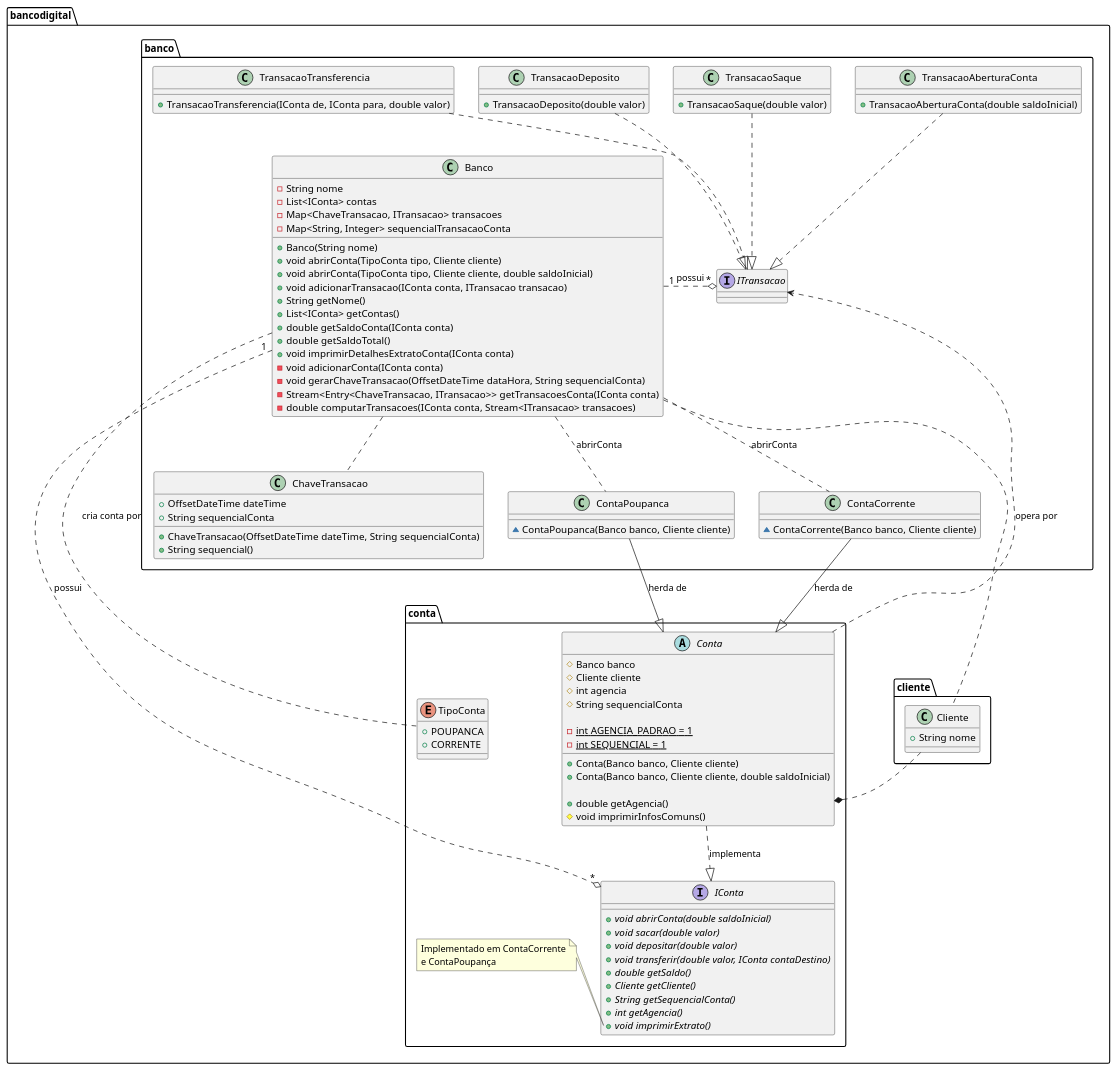
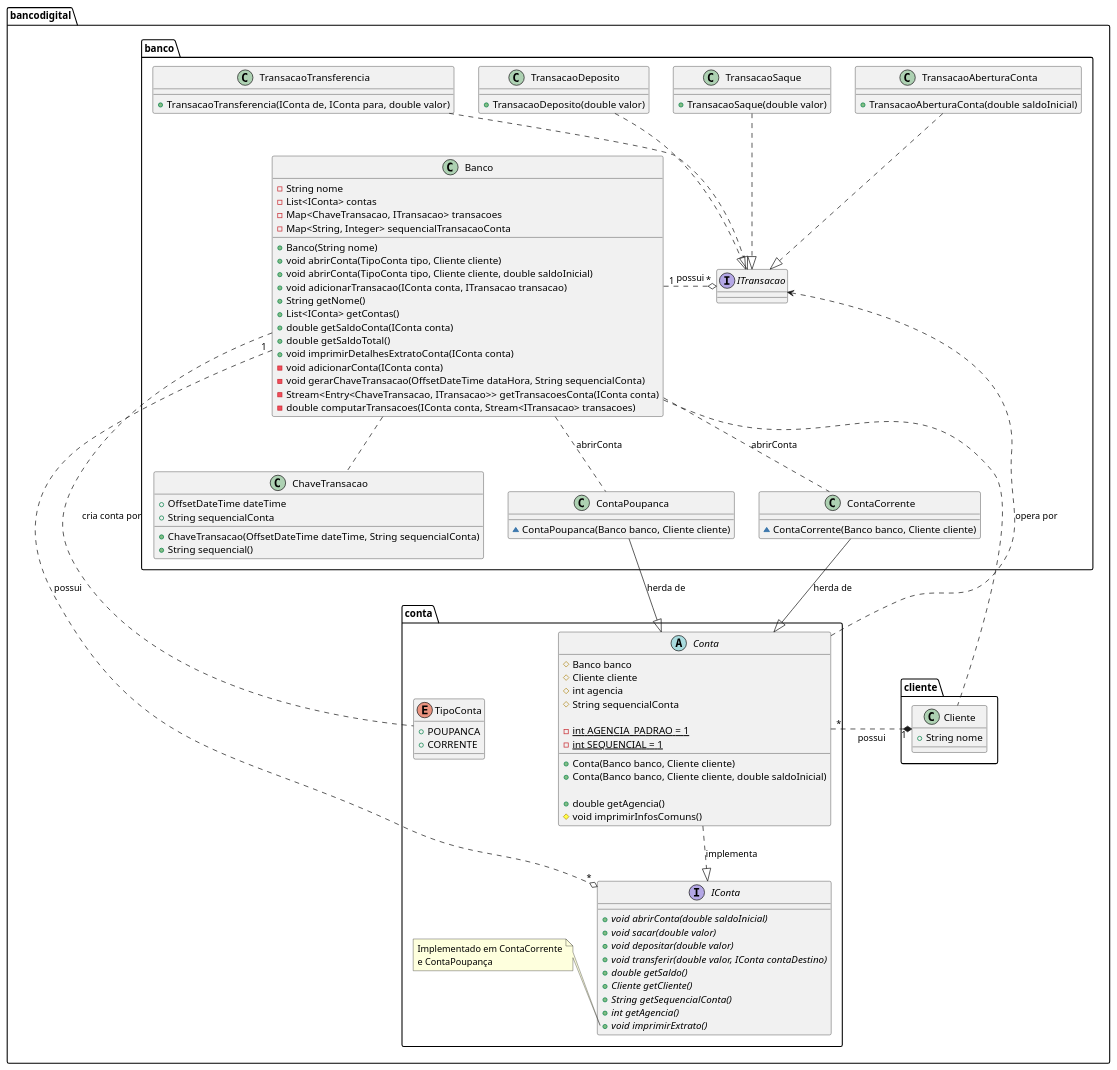
One commit to rogersanctus/dio-java-lab-banco-digital changed the diagram in dia-class.puml. Above: the diagram before and after it, drawn with PlantUML.

Commit message:
Ajuste na direção da composição no diagram de classes

```diff
--- a/dia-class.puml
+++ b/dia-class.puml
@@ -1,127 +1,127 @@
 @startuml
 /'
 Diagrama de classes em PlantUML: https://plantuml.com/starting
 '/
 
 package bancodigital {
   interface conta.IConta {
     + {abstract} void abrirConta(double saldoInicial)
     + {abstract} void sacar(double valor)
     + {abstract} void depositar(double valor)
     + {abstract} void transferir(double valor, IConta contaDestino)
     + {abstract} double getSaldo()
     + {abstract} Cliente getCliente()
     + {abstract} String getSequencialConta()
     + {abstract} int getAgencia()
     + {abstract} void imprimirExtrato()
   }
 
   note left of conta.IConta::imprimirExtrato
   Implementado em ContaCorrente
   e ContaPoupança
   end note
 
   abstract class conta.Conta {
     # Banco banco
     # Cliente cliente
     # int agencia
     # String sequencialConta
 
     - {static} int AGENCIA_PADRAO = 1
     - {static} int SEQUENCIAL = 1
 
     + Conta(Banco banco, Cliente cliente)
     + Conta(Banco banco, Cliente cliente, double saldoInicial)
 
     + double getAgencia()
     # void imprimirInfosComuns()
   }
 
   class banco.ContaCorrente {
     ~ ContaCorrente(Banco banco, Cliente cliente)
   }
 
   class banco.ContaPoupanca {
     ~ ContaPoupanca(Banco banco, Cliente cliente)
   }
 
   enum conta.TipoConta {
     + POUPANCA
     + CORRENTE
   }
 
   class banco.Banco {
     - String nome
     - List<IConta> contas
     - Map<ChaveTransacao, ITransacao> transacoes
     - Map<String, Integer> sequencialTransacaoConta
 
     + Banco(String nome)
     + void abrirConta(TipoConta tipo, Cliente cliente)
     + void abrirConta(TipoConta tipo, Cliente cliente, double saldoInicial)
     + void adicionarTransacao(IConta conta, ITransacao transacao)
     + String getNome()
     + List<IConta> getContas()
     + double getSaldoConta(IConta conta)
     + double getSaldoTotal()
     + void imprimirDetalhesExtratoConta(IConta conta)
     - void adicionarConta(IConta conta)
     - void gerarChaveTransacao(OffsetDateTime dataHora, String sequencialConta)
     - Stream<Entry<ChaveTransacao, ITransacao>> getTransacoesConta(IConta conta)
     - double computarTransacoes(IConta conta, Stream<ITransacao> transacoes)
   }
 
   interface banco.ITransacao {
   }
 
   class banco.TransacaoAberturaConta {
     + TransacaoAberturaConta(double saldoInicial)
   }
 
   class banco.TransacaoSaque {
     + TransacaoSaque(double valor)
   }
 
   class banco.TransacaoDeposito {
     + TransacaoDeposito(double valor)
   }
 
   class banco.TransacaoTransferencia {
     + TransacaoTransferencia(IConta de, IConta para, double valor)
   }
 
   class banco.ChaveTransacao {
     + OffsetDateTime dateTime
     + String sequencialConta
 
     + ChaveTransacao(OffsetDateTime dateTime, String sequencialConta)
     + String sequencial()
   }
 
   class cliente.Cliente {
     + String nome
   }
 
   conta.Conta ..|> conta.IConta: implementa
 
   banco.Banco "1" ..o "*" conta.IConta: possui
   banco.Banco .. conta.TipoConta: cria conta por
   banco.Banco "1" .right.o "*" banco.ITransacao: possui
   banco.Banco .. banco.ChaveTransacao
   banco.Banco .. cliente.Cliente
   banco.Banco .. banco.ContaCorrente: abrirConta
   banco.Banco .. banco.ContaPoupanca: abrirConta
 
   banco.ContaPoupanca --|> conta.Conta: herda de
   banco.ContaCorrente --|> conta.Conta: herda de
 
-  conta.Conta *. cliente.Cliente
+  conta.Conta "*" .* "1" cliente.Cliente: possui
 
   banco.TransacaoAberturaConta ..|> banco.ITransacao
   banco.TransacaoSaque .down.|> banco.ITransacao
   banco.TransacaoDeposito .down.|> banco.ITransacao
   banco.TransacaoTransferencia .down.|> banco.ITransacao
 
   conta.Conta ..> banco.ITransacao: opera por
 }
 @enduml
```
